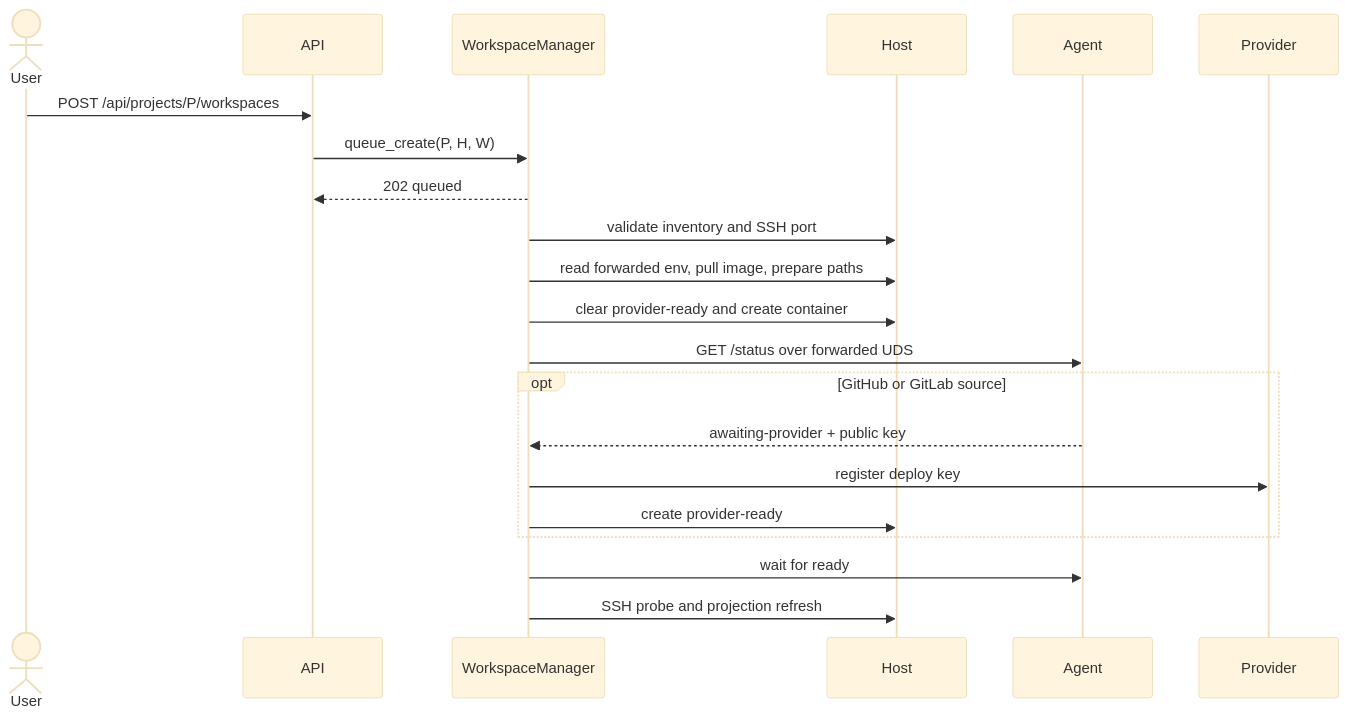
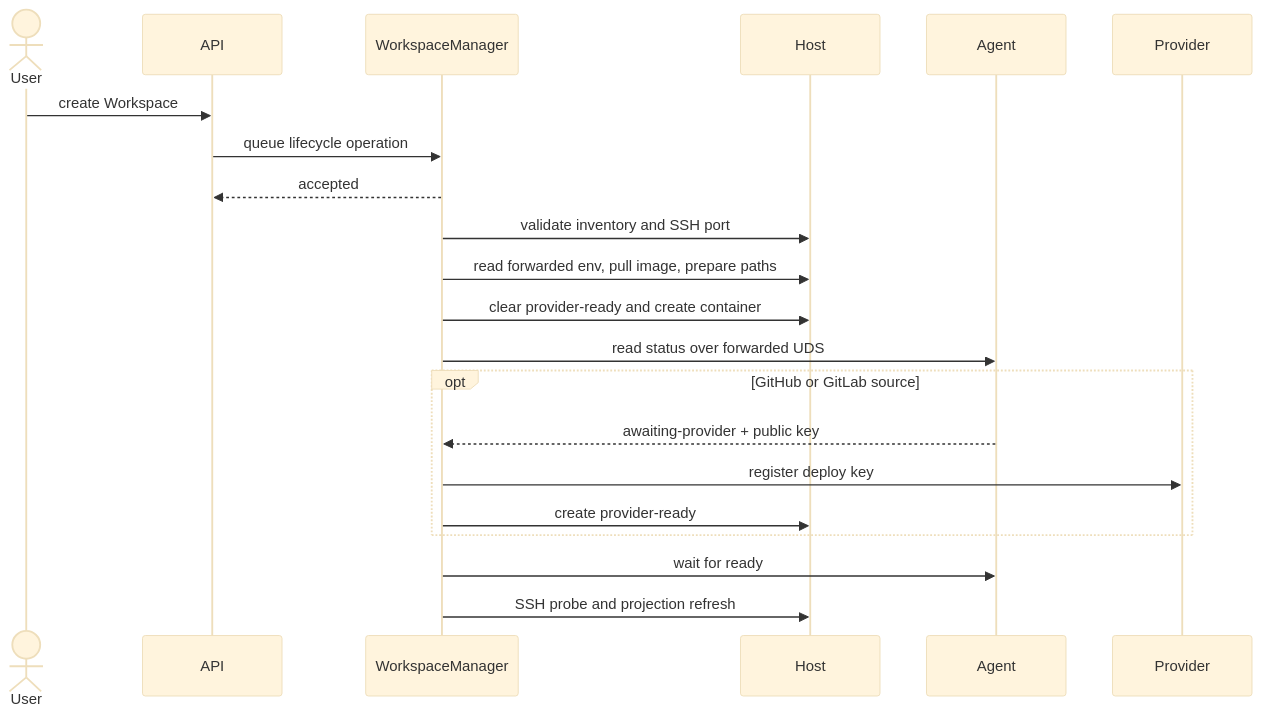
The third of 4 diagrams in src/codespace/DESIGN.md (curoky/codespace), drawn with Mermaid (base theme) before and after one commit. The commit also changed other lines of this file and 43 other files, not shown here.

````diff
--- a/src/codespace/DESIGN.md
+++ b/src/codespace/DESIGN.md
@@ -99,24 +98,24 @@
 ```mermaid
 sequenceDiagram
     actor User
     participant API
     participant Manager as WorkspaceManager
     participant Host
     participant Agent
     participant Provider
 
-    User->>API: POST /api/projects/P/workspaces
-    API->>Manager: queue_create(P, H, W)
-    Manager-->>API: 202 queued
+    User->>API: create Workspace
+    API->>Manager: queue lifecycle operation
+    Manager-->>API: accepted
     Manager->>Host: validate inventory and SSH port
     Manager->>Host: read forwarded env, pull image, prepare paths
     Manager->>Host: clear provider-ready and create container
-    Manager->>Agent: GET /status over forwarded UDS
+    Manager->>Agent: read status over forwarded UDS
     opt GitHub or GitLab source
         Agent-->>Manager: awaiting-provider + public key
         Manager->>Provider: register deploy key
         Manager->>Host: create provider-ready
     end
     Manager->>Agent: wait for ready
     Manager->>Host: SSH probe and projection refresh
 ```
````
